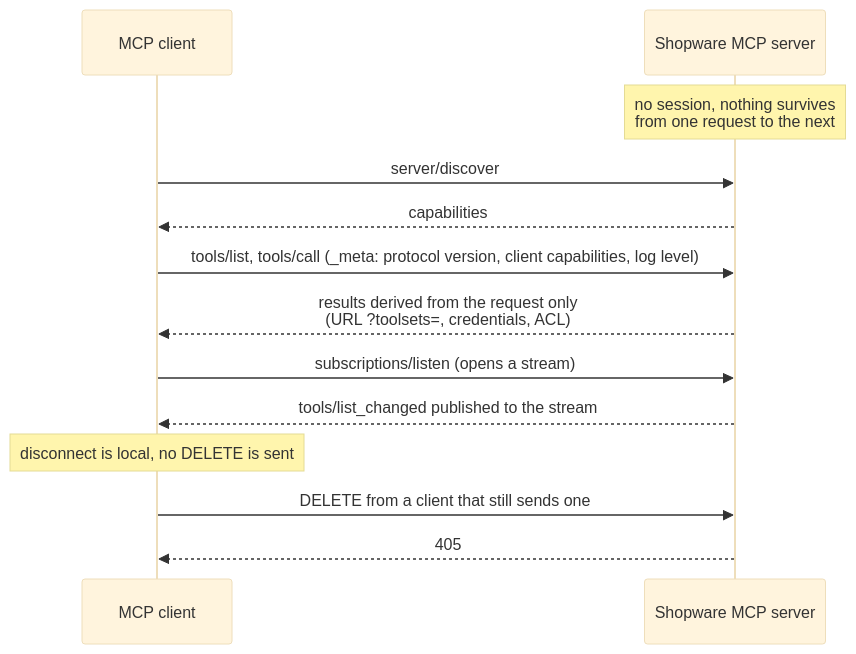
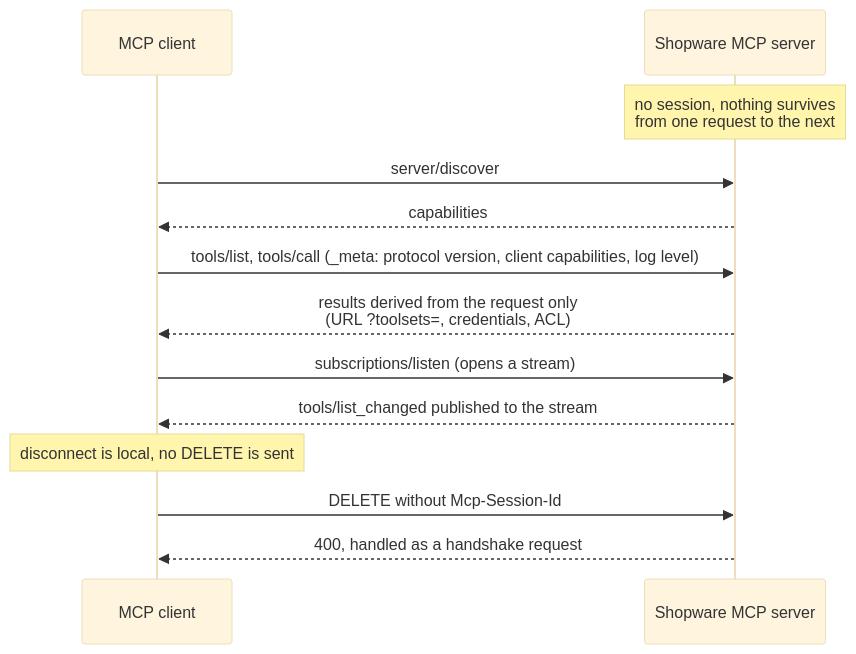
Before and after one commit to shopware/shopware: the second of 2 diagrams in adr/2026-09-24-mcp-stateless-era-degradation-policy.md, drawn with Mermaid (base theme). The commit also changed other lines of this file, not shown here.

Commit message:
docs(framework): align MCP era ADR with the DELETE handling of dual-era servers

````diff
--- a/adr/2026-09-24-mcp-stateless-era-degradation-policy.md
+++ b/adr/2026-09-24-mcp-stateless-era-degradation-policy.md
@@ -45,15 +47,15 @@
 ```mermaid
 sequenceDiagram
     participant C as MCP client
     participant S as Shopware MCP server
     Note over S: no session, nothing survives<br/>from one request to the next
     C->>S: server/discover
     S-->>C: capabilities
     C->>S: tools/list, tools/call (_meta: protocol version, client capabilities, log level)
     S-->>C: results derived from the request only<br/>(URL ?toolsets=, credentials, ACL)
     C->>S: subscriptions/listen (opens a stream)
     S-->>C: tools/list_changed published to the stream
     Note over C: disconnect is local, no DELETE is sent
-    C->>S: DELETE from a client that still sends one
-    S-->>C: 405
+    C->>S: DELETE without Mcp-Session-Id
+    S-->>C: 400, handled as a handshake request
 ```
````
